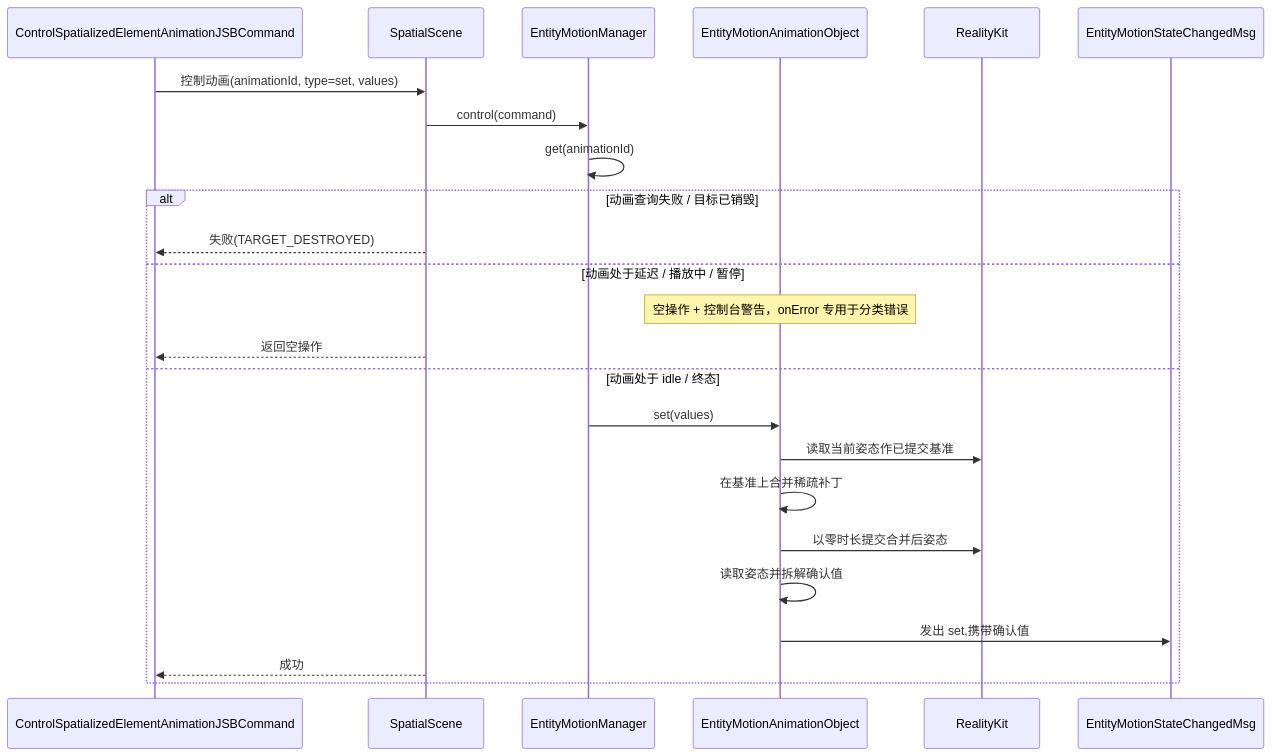
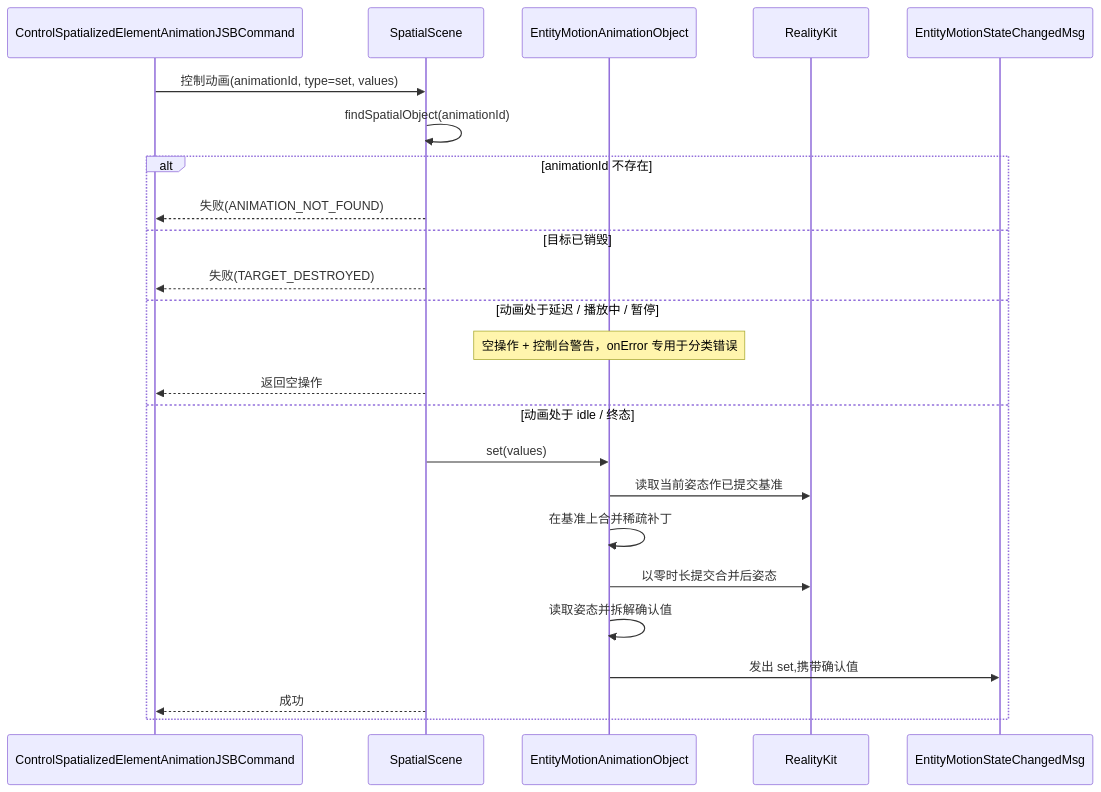
Diagram 14 of 14 in openspec/changes/redesign-entity-motion-api/design.zh.md (webspatial/webspatial-sdk), drawn with Mermaid before and after one commit. The commit also changed other lines of this file and 1 other file, not shown here.

````diff
--- a/openspec/changes/redesign-entity-motion-api/design.zh.md
+++ b/openspec/changes/redesign-entity-motion-api/design.zh.md
@@ -1012,27 +1103,27 @@
 ```mermaid
 sequenceDiagram
     participant JSB as ControlSpatializedElementAnimationJSBCommand
     participant Scene as SpatialScene
-    participant Manager as EntityMotionManager
     participant Obj as EntityMotionAnimationObject
     participant RK as RealityKit
     participant Event as EntityMotionStateChangedMsg
 
     JSB->>Scene: 控制动画(animationId, type=set, values)
-    Scene->>Manager: control(command)
-    Manager->>Manager: get(animationId)
-    alt 动画查询失败 / 目标已销毁
+    Scene->>Scene: findSpatialObject(animationId)
+    alt animationId 不存在
+        Scene-->>JSB: 失败(ANIMATION_NOT_FOUND)
+    else 目标已销毁
         Scene-->>JSB: 失败(TARGET_DESTROYED)
     else 动画处于延迟 / 播放中 / 暂停
         Note over Obj: 空操作 + 控制台警告，onError 专用于分类错误
         Scene-->>JSB: 返回空操作
     else 动画处于 idle / 终态
-        Manager->>Obj: set(values)
+        Scene->>Obj: set(values)
         Obj->>RK: 读取当前姿态作已提交基准
         Obj->>Obj: 在基准上合并稀疏补丁
         Obj->>RK: 以零时长提交合并后姿态
         Obj->>Obj: 读取姿态并拆解确认值
         Obj->>Event: 发出 set,携带确认值
         Scene-->>JSB: 成功
     end
 ```
````
